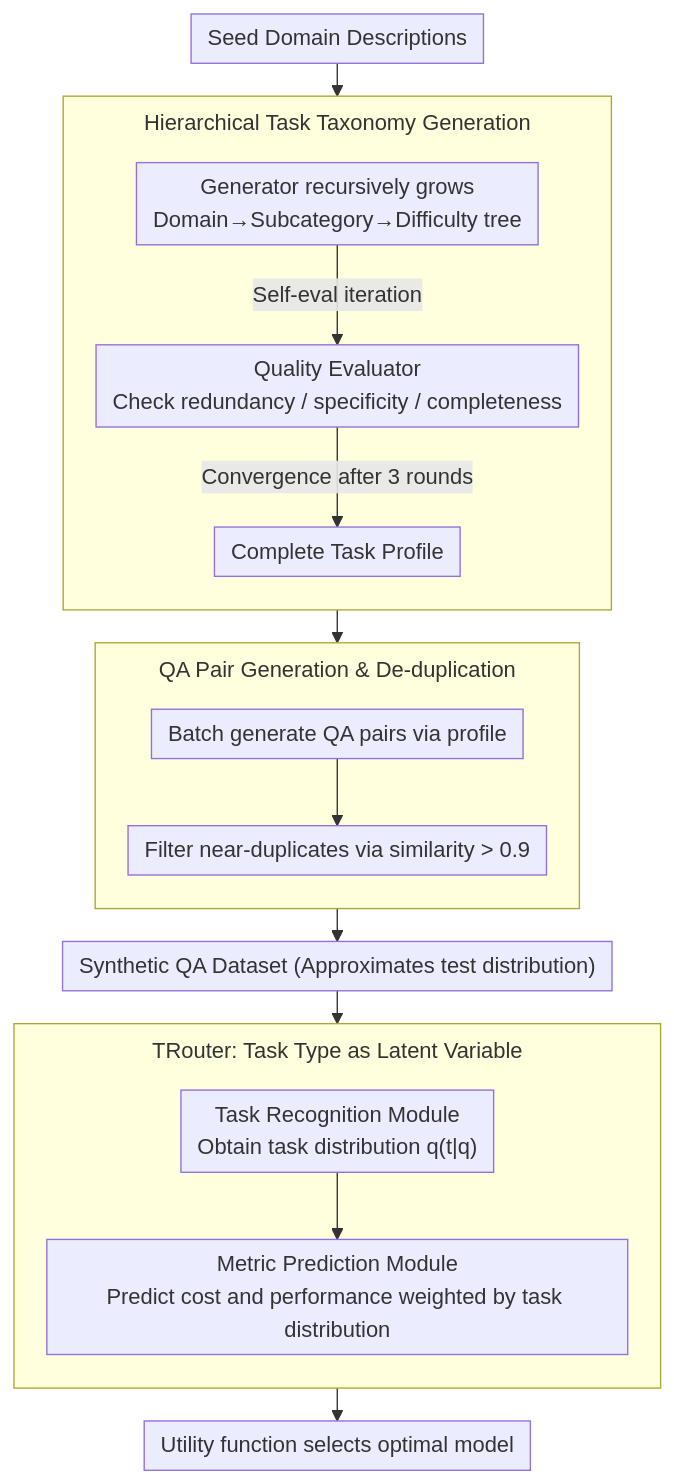
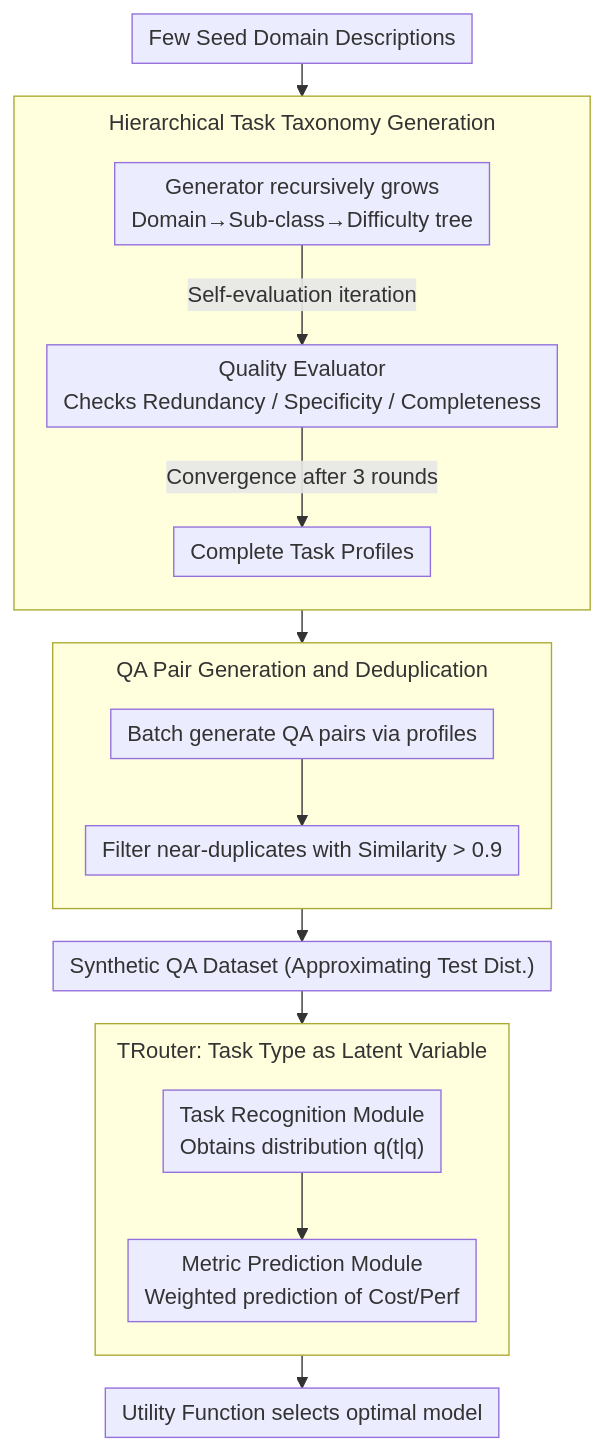
One commit to zhaoyang97/Paper-Notes-en changed the diagram in docs/ACL2026/llm_efficiency/task-aware_llm_routing_with_multi-level_task-profile-guided_data_synthesis_for_c.md. Above: the diagram before and after it, drawn with Mermaid. The commit also changed other lines of this file and 5084 other files, not shown here.

````diff
--- a/docs/ACL2026/llm_efficiency/task-aware_llm_routing_with_multi-level_task-profile-guided_data_synthesis_for_c.md
+++ b/docs/ACL2026/llm_efficiency/task-aware_llm_routing_with_multi-level_task-profile-guided_data_synthesis_for_c.md
@@ -42,22 +42,22 @@
 ```mermaid
 %%{init: {'flowchart': {'rankSpacing': 24, 'nodeSpacing': 28, 'padding': 6, 'wrappingWidth': 400, 'subGraphTitleMargin': {'top': 8, 'bottom': 16}}}}%%
 flowchart TD
-    A["Seed Domain Descriptions"] --> B
+    A["Few Seed Domain Descriptions"] --> B
     subgraph S1["Hierarchical Task Taxonomy Generation"]
         direction TB
-        B["Generator recursively grows<br/>Domain→Subcategory→Difficulty tree"] -->|Self-eval iteration| C["Quality Evaluator<br/>Check redundancy / specificity / completeness"]
-        C -->|Convergence after 3 rounds| D["Complete Task Profile"]
+        B["Generator recursively grows<br/>Domain→Sub-class→Difficulty tree"] -->|Self-evaluation iteration| C["Quality Evaluator<br/>Checks Redundancy / Specificity / Completeness"]
+        C -->|Convergence after 3 rounds| D["Complete Task Profiles"]
     end
     D --> E
-    subgraph S2["QA Pair Generation & De-duplication"]
+    subgraph S2["QA Pair Generation and Deduplication"]
         direction TB
-        E["Batch generate QA pairs via profile"] --> F["Filter near-duplicates via similarity > 0.9"]
+        E["Batch generate QA pairs via profiles"] --> F["Filter near-duplicates with Similarity > 0.9"]
     end
-    F --> G["Synthetic QA Dataset (Approximates test distribution)"]
+    F --> G["Synthetic QA Dataset (Approximating Test Dist.)"]
     G --> H
     subgraph S3["TRouter: Task Type as Latent Variable"]
         direction TB
-        H["Task Recognition Module<br/>Obtain task distribution q(t|q)"] --> I["Metric Prediction Module<br/>Predict cost and performance weighted by task distribution"]
+        H["Task Recognition Module<br/>Obtains distribution q(t|q)"] --> I["Metric Prediction Module<br/>Weighted prediction of Cost/Perf"]
     end
-    I --> J["Utility function selects optimal model"]
+    I --> J["Utility Function selects optimal model"]
 ```
````
